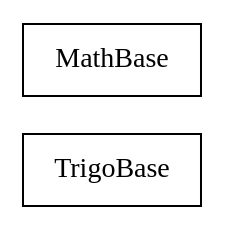
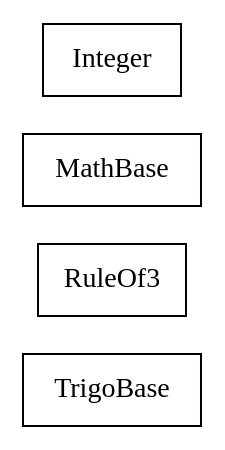
Before and after one commit to sekati/sasapi: the diagram in docs/com/sekati/math/classes.dot, drawn with Graphviz. The commit also changed 129 other files, not shown here.

```diff
--- a/docs/com/sekati/math/classes.dot
+++ b/docs/com/sekati/math/classes.dot
@@ -1,15 +1,27 @@
 strict digraph class_diagram {
   rankdir=LR;
   TypeTrigoBase[
     label="TrigoBase",
     URL="TrigoBase.html",
     tooltip="com.sekati.math.TrigoBase",
     shape="record"
   ];
+  TypeRuleOf3[
+    label="RuleOf3",
+    URL="RuleOf3.html",
+    tooltip="com.sekati.math.RuleOf3",
+    shape="record"
+  ];
   TypeMathBase[
     label="MathBase",
     URL="MathBase.html",
     tooltip="com.sekati.math.MathBase",
     shape="record"
   ];
+  TypeInteger[
+    label="Integer",
+    URL="Integer.html",
+    tooltip="com.sekati.math.Integer",
+    shape="record"
+  ];
 }
```
